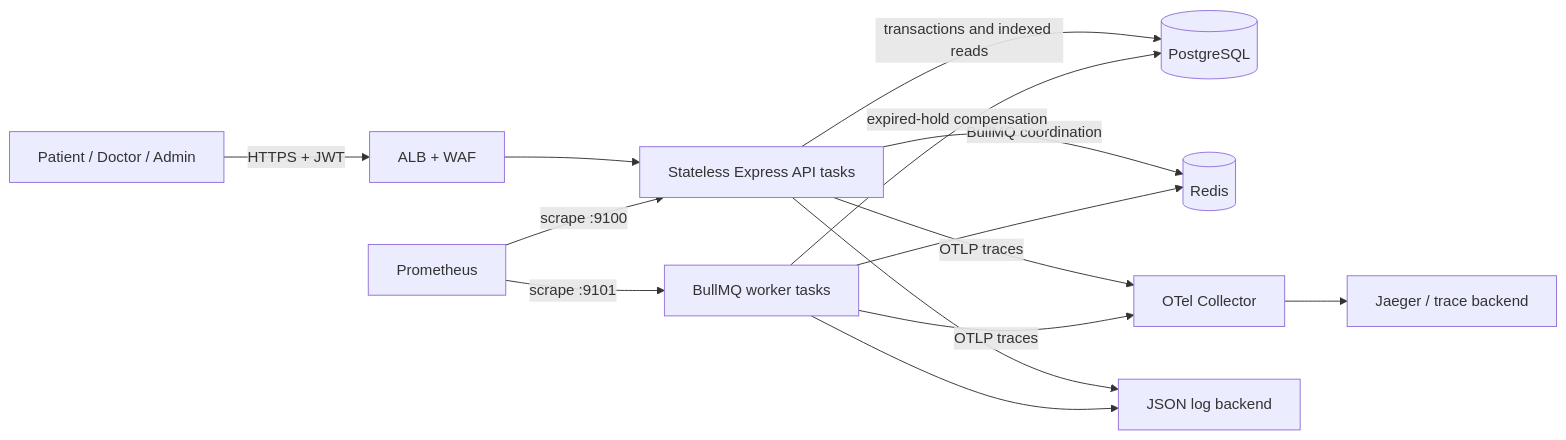
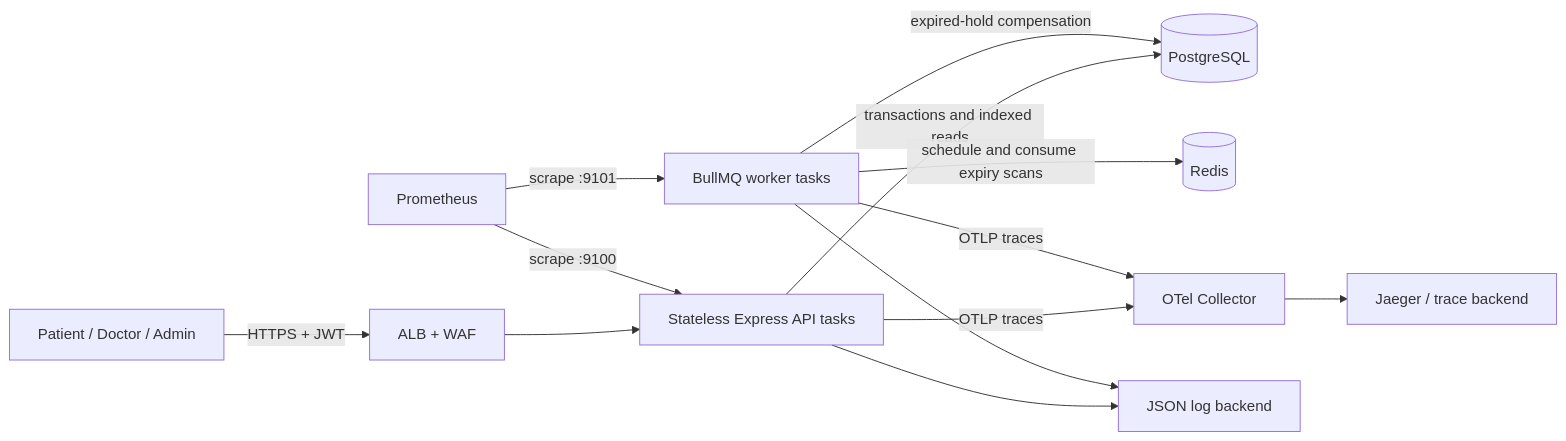
The first of 3 diagrams in docs/architecture.md (mgr-punith/amrutam-telemedicine-backend), drawn with Mermaid before and after one commit. The commit also changed 3 other files, not shown here.

````diff
--- a/docs/architecture.md
+++ b/docs/architecture.md
@@ -18,16 +18,15 @@
 ```mermaid
 flowchart LR
   Client[Patient / Doctor / Admin] -->|HTTPS + JWT| ALB[ALB + WAF]
   ALB --> API[Stateless Express API tasks]
   API -->|transactions and indexed reads| PG[(PostgreSQL)]
-  API -->|BullMQ coordination| Redis[(Redis)]
-  Worker[BullMQ worker tasks] --> Redis
+  Worker[BullMQ worker tasks] -->|schedule and consume expiry scans| Redis[(Redis)]
   Worker -->|expired-hold compensation| PG
   API -->|OTLP traces| Collector[OTel Collector]
   Worker -->|OTLP traces| Collector
   Collector --> Jaeger[Jaeger / trace backend]
   Prometheus[Prometheus] -->|scrape :9100| API
   Prometheus -->|scrape :9101| Worker
   API --> Logs[JSON log backend]
   Worker --> Logs
 ```
````
